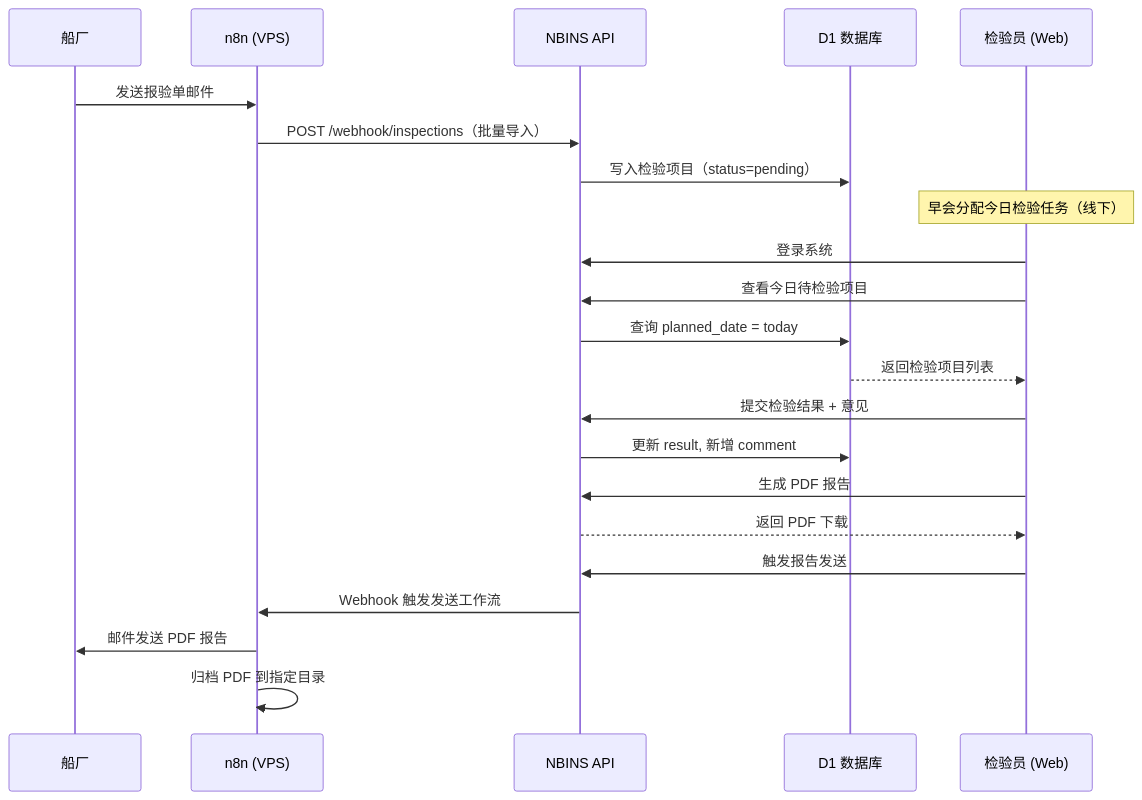
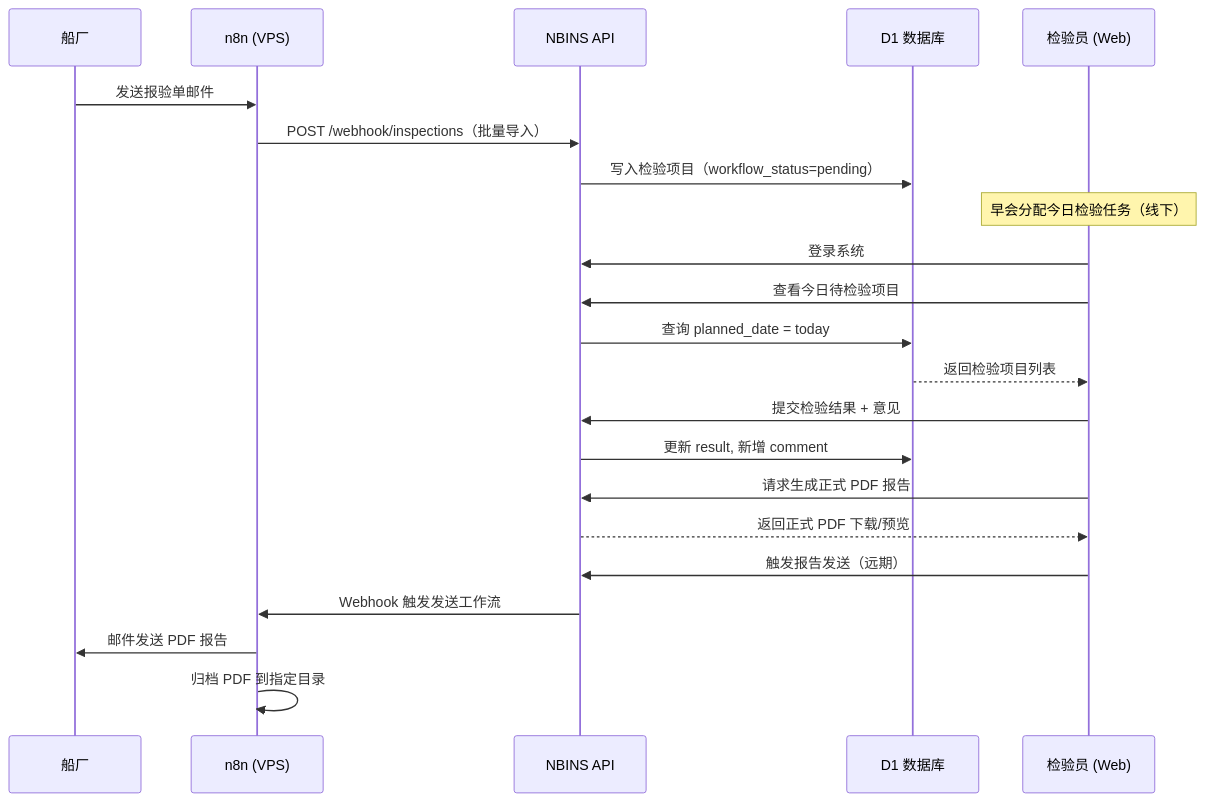
Before and after one commit to xingkaijun/nbins: the second of 6 diagrams in docs/architecture.md, drawn with Mermaid. The commit also changed other lines of this file and 3 other files, not shown here.

Commit message:
docs: align NBINS v6 architecture and workflow decisions

````diff
--- a/docs/architecture.md
+++ b/docs/architecture.md
@@ -34,30 +35,30 @@
 ```mermaid
 sequenceDiagram
     participant 船厂 as 船厂
     participant n8n as n8n (VPS)
     participant API as NBINS API
     participant DB as D1 数据库
     participant 检验员 as 检验员 (Web)
 
     船厂->>n8n: 发送报验单邮件
     n8n->>API: POST /webhook/inspections（批量导入）
-    API->>DB: 写入检验项目（status=pending）
+    API->>DB: 写入检验项目（workflow_status=pending）
 
     Note over 检验员: 早会分配今日检验任务（线下）
 
     检验员->>API: 登录系统
     检验员->>API: 查看今日待检验项目
     API->>DB: 查询 planned_date = today
     DB-->>检验员: 返回检验项目列表
 
     检验员->>API: 提交检验结果 + 意见
     API->>DB: 更新 result, 新增 comment
 
-    检验员->>API: 生成 PDF 报告
-    API-->>检验员: 返回 PDF 下载
+    检验员->>API: 请求生成正式 PDF 报告
+    API-->>检验员: 返回正式 PDF 下载/预览
 
-    检验员->>API: 触发报告发送
+    检验员->>API: 触发报告发送（远期）
     API->>n8n: Webhook 触发发送工作流
     n8n->>船厂: 邮件发送 PDF 报告
     n8n->>n8n: 归档 PDF 到指定目录
 ```
````
